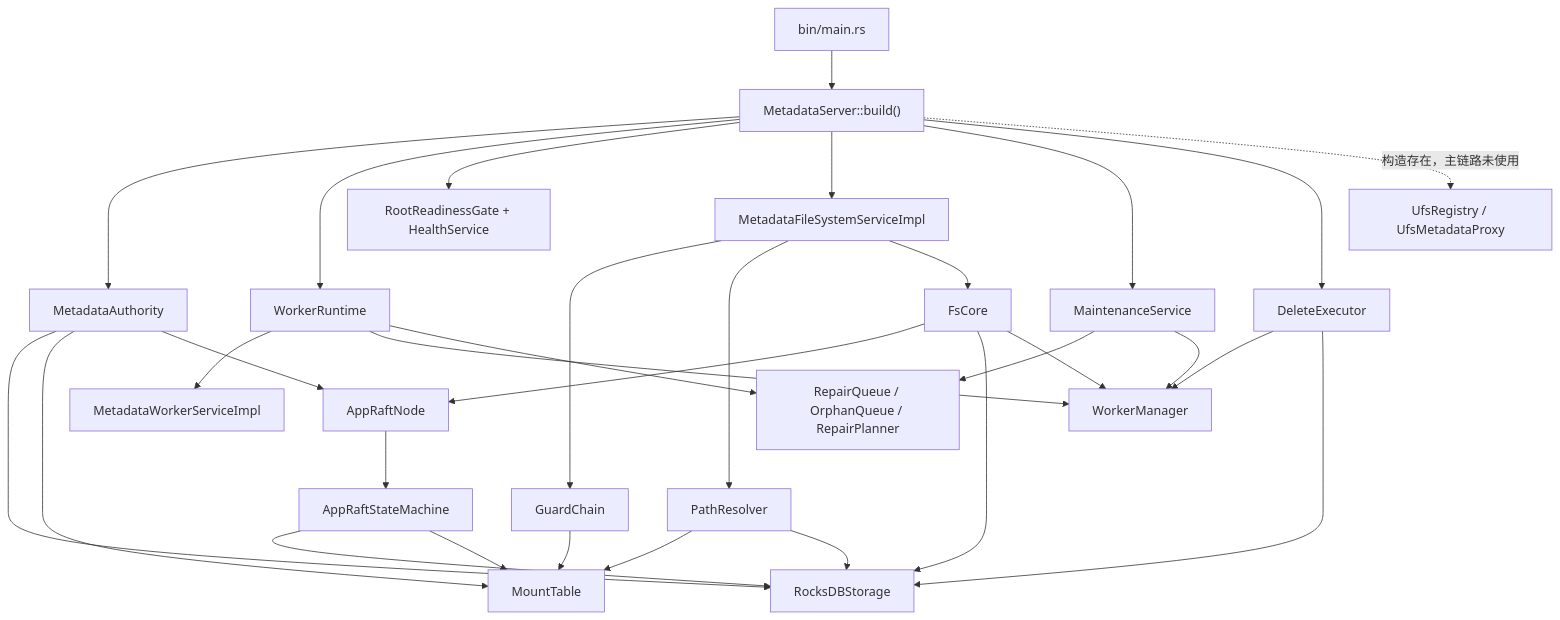
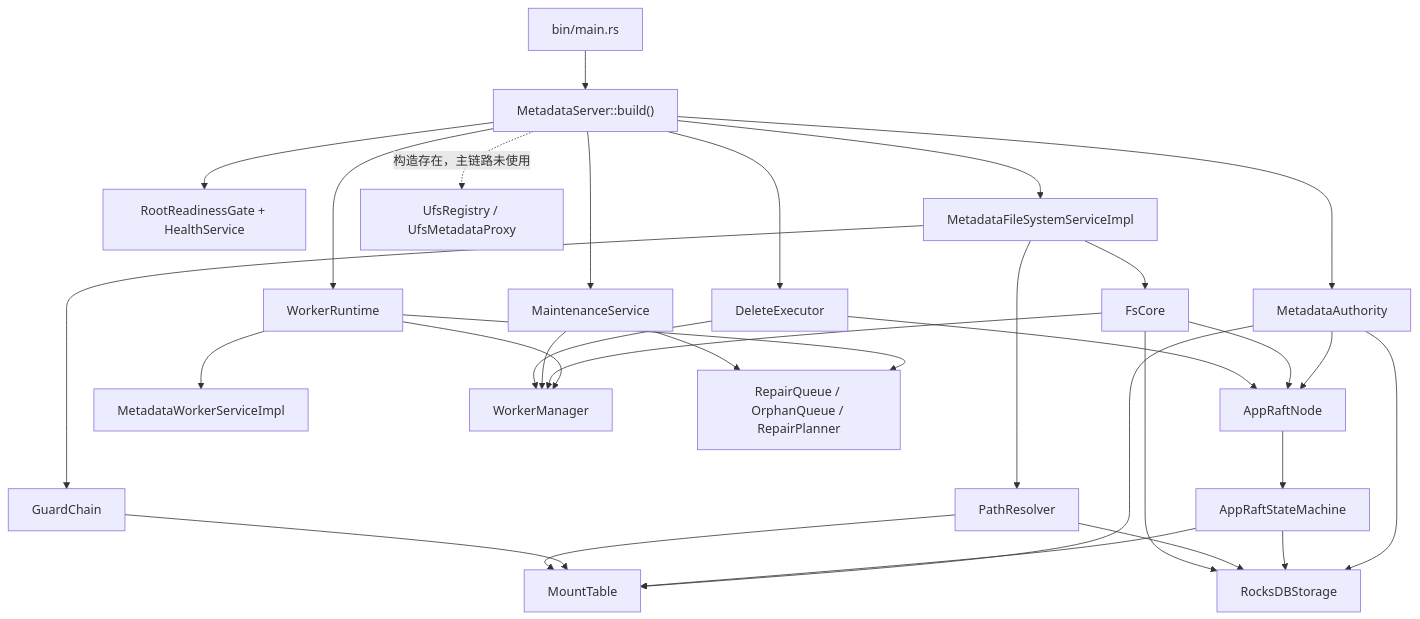
Before and after one commit to zouhuajian/beryl: the first of 2 diagrams in metadata/README_ZH.md, drawn with Mermaid. The commit also changed other lines of this file and 15 other files, not shown here.

````diff
--- a/metadata/README_ZH.md
+++ b/metadata/README_ZH.md
@@ -22,37 +22,37 @@
 ```mermaid
 flowchart TB
     Main["bin/main.rs"] --> Runtime["MetadataServer::build()"]
     Runtime --> Authority["MetadataAuthority"]
     Authority --> Storage["RocksDBStorage"]
     Authority --> Mount["MountTable"]
     Authority --> Raft["AppRaftNode"]
     Raft --> SM["AppRaftStateMachine"]
     SM --> Storage
     SM --> Mount
 
     Runtime --> WorkerRt["WorkerRuntime"]
     WorkerRt --> WorkerSvc["MetadataWorkerServiceImpl"]
     WorkerRt --> WorkerMgr["WorkerManager"]
     WorkerRt --> Repair["RepairQueue / OrphanQueue / RepairPlanner"]
 
     Runtime --> Ready["RootReadinessGate + HealthService"]
     Runtime --> FS["MetadataFileSystemServiceImpl"]
     FS --> Guard["GuardChain"]
     FS --> Resolver["PathResolver"]
     FS --> Core["FsCore"]
     Guard --> Mount
     Resolver --> Mount
     Resolver --> Storage
     Core --> Raft
     Core --> Storage
     Core --> WorkerMgr
 
     Runtime --> Maint["MaintenanceService"]
     Runtime --> DeleteExec["DeleteExecutor"]
     Maint --> Repair
     Maint --> WorkerMgr
     DeleteExec --> WorkerMgr
-    DeleteExec --> Storage
+    DeleteExec --> Raft
 
     Runtime -. "构造存在，主链路未使用" .-> UFS["UfsRegistry / UfsMetadataProxy"]
 ```
````
